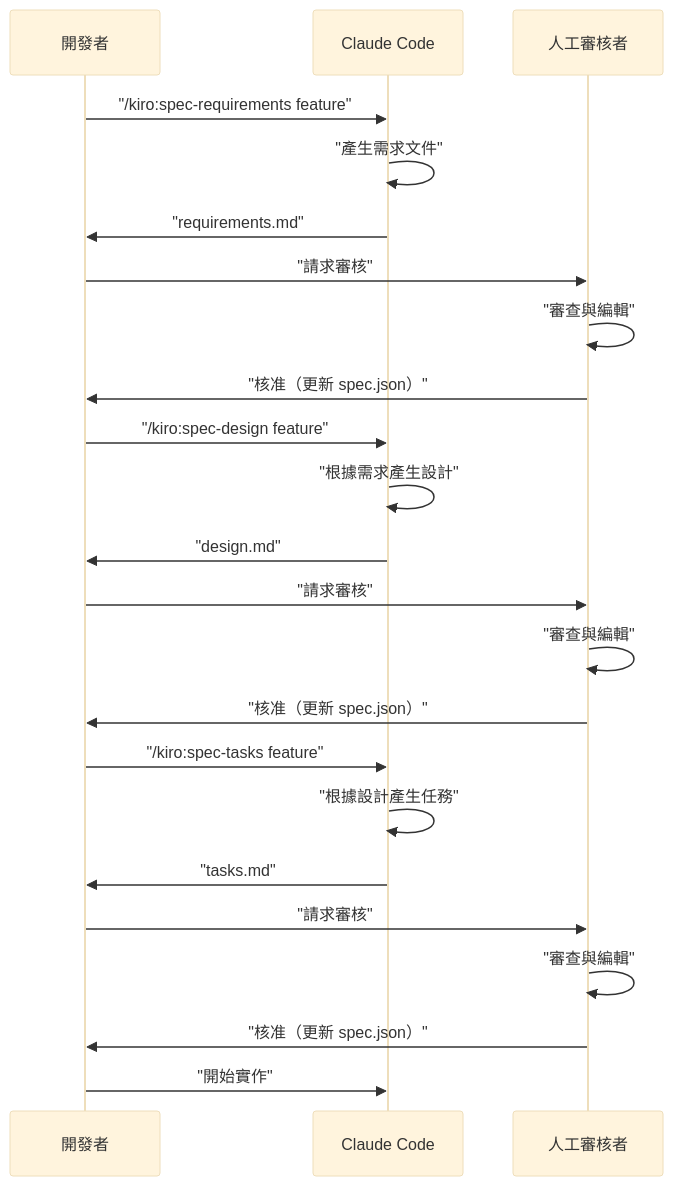
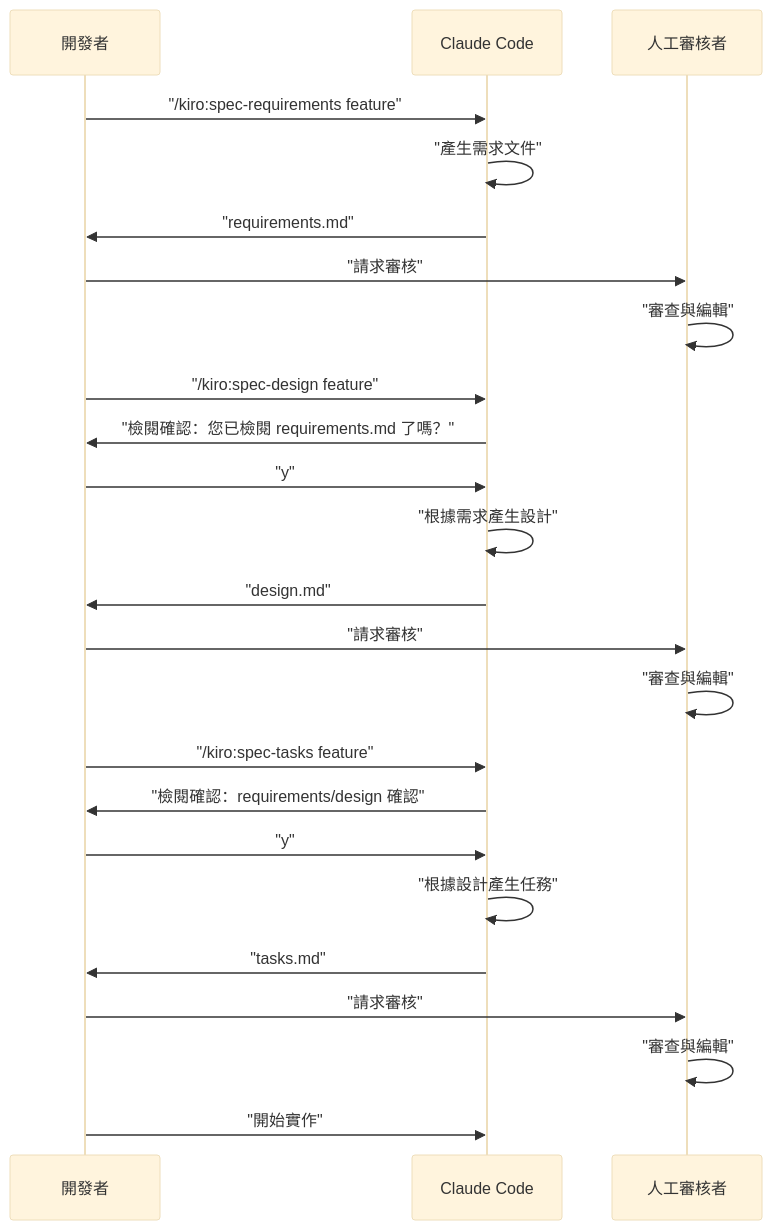
One commit to yi-john-huang/amazonq-spec changed the second of 2 diagrams in README_zh-TW.md. Above: the diagram before and after it, drawn with Mermaid (base theme). The commit also changed other lines of this file and 15 other files, not shown here.

````diff
--- a/README_zh-TW.md
+++ b/README_zh-TW.md
@@ -219,29 +210,30 @@
 ```mermaid
 sequenceDiagram
     participant D as 開發者
     participant C as Claude Code
     participant H as 人工審核者
     
     D->>C: "/kiro:spec-requirements feature"
     C->>C: "產生需求文件"
     C->>D: "requirements.md"
     D->>H: "請求審核"
     H->>H: "審查與編輯"
-    H->>D: "核准（更新 spec.json）"
     
     D->>C: "/kiro:spec-design feature"
+    C->>D: "檢閱確認：您已檢閱 requirements.md 了嗎？"
+    D->>C: "y"
     C->>C: "根據需求產生設計"
     C->>D: "design.md"
     D->>H: "請求審核"
     H->>H: "審查與編輯"
-    H->>D: "核准（更新 spec.json）"
     
     D->>C: "/kiro:spec-tasks feature"
+    C->>D: "檢閱確認：requirements/design 確認"
+    D->>C: "y"
     C->>C: "根據設計產生任務"
     C->>D: "tasks.md"
     D->>H: "請求審核"
     H->>H: "審查與編輯"
-    H->>D: "核准（更新 spec.json）"
     
     D->>C: "開始實作"
 ```
````
